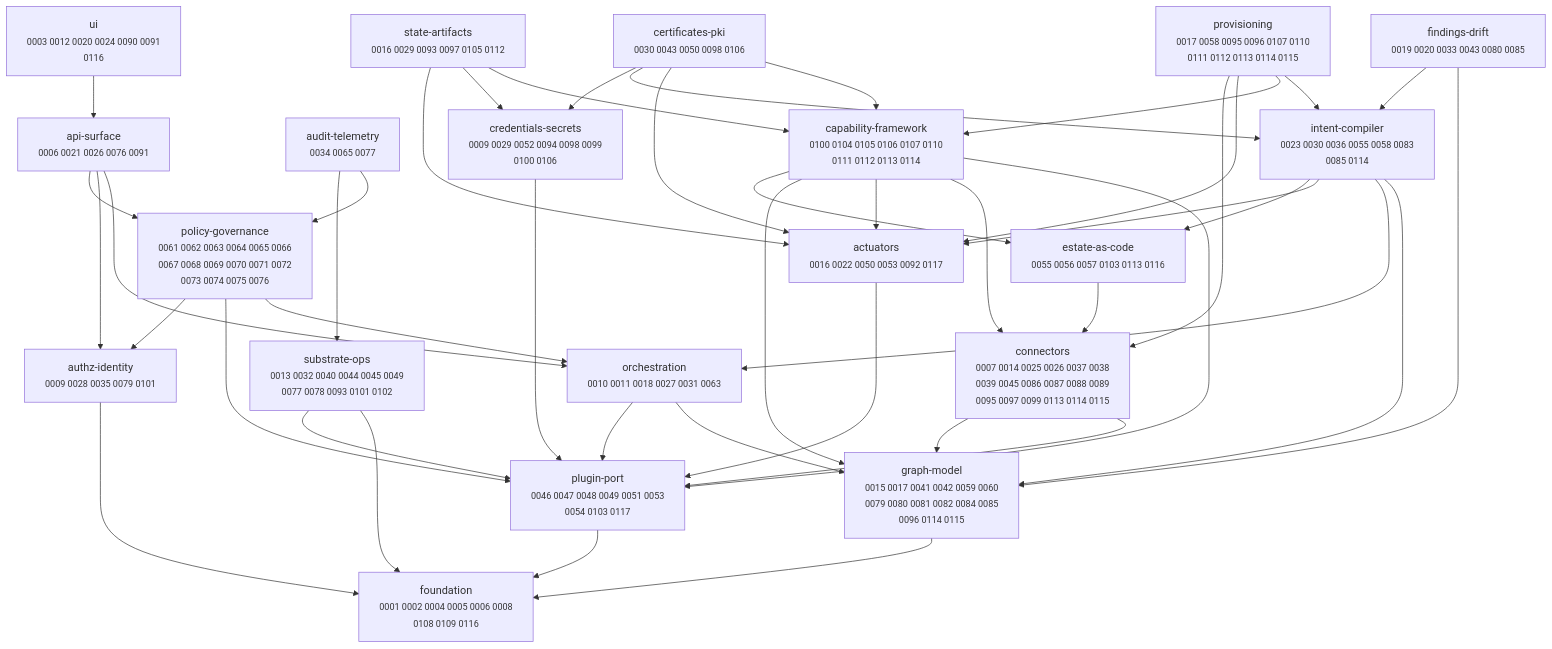
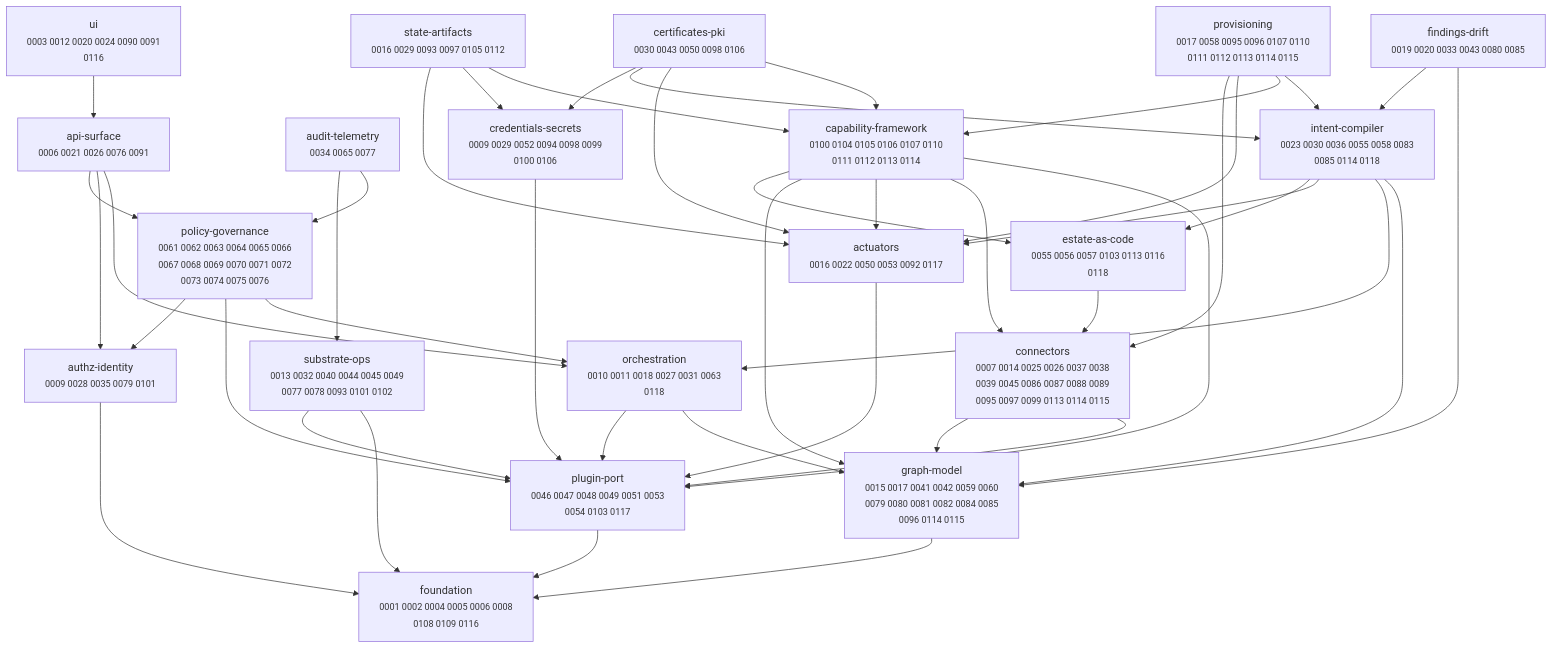
Before and after one commit to dstout-devops/stratt: the diagram in docs/adr/MAP.md, drawn with Mermaid. The commit also changed other lines of this file and 2 other files, not shown here.

````diff
--- a/docs/adr/MAP.md
+++ b/docs/adr/MAP.md
@@ -11,67 +11,67 @@
 ```mermaid
 graph TD
   actuators["actuators<br/><small>0016 0022 0050 0053 0092 0117</small>"]
   api_surface["api-surface<br/><small>0006 0021 0026 0076 0091</small>"]
   audit_telemetry["audit-telemetry<br/><small>0034 0065 0077</small>"]
   authz_identity["authz-identity<br/><small>0009 0028 0035 0079 0101</small>"]
   capability_framework["capability-framework<br/><small>0100 0104 0105 0106 0107 0110<br/>0111 0112 0113 0114</small>"]
   certificates_pki["certificates-pki<br/><small>0030 0043 0050 0098 0106</small>"]
   connectors["connectors<br/><small>0007 0014 0025 0026 0037 0038<br/>0039 0045 0086 0087 0088 0089<br/>0095 0097 0099 0113 0114 0115</small>"]
   credentials_secrets["credentials-secrets<br/><small>0009 0029 0052 0094 0098 0099<br/>0100 0106</small>"]
-  estate_as_code["estate-as-code<br/><small>0055 0056 0057 0103 0113 0116</small>"]
+  estate_as_code["estate-as-code<br/><small>0055 0056 0057 0103 0113 0116<br/>0118</small>"]
   findings_drift["findings-drift<br/><small>0019 0020 0033 0043 0080 0085</small>"]
   foundation["foundation<br/><small>0001 0002 0004 0005 0006 0008<br/>0108 0109 0116</small>"]
   graph_model["graph-model<br/><small>0015 0017 0041 0042 0059 0060<br/>0079 0080 0081 0082 0084 0085<br/>0096 0114 0115</small>"]
-  intent_compiler["intent-compiler<br/><small>0023 0030 0036 0055 0058 0083<br/>0085 0114</small>"]
-  orchestration["orchestration<br/><small>0010 0011 0018 0027 0031 0063</small>"]
+  intent_compiler["intent-compiler<br/><small>0023 0030 0036 0055 0058 0083<br/>0085 0114 0118</small>"]
+  orchestration["orchestration<br/><small>0010 0011 0018 0027 0031 0063<br/>0118</small>"]
   plugin_port["plugin-port<br/><small>0046 0047 0048 0049 0051 0053<br/>0054 0103 0117</small>"]
   policy_governance["policy-governance<br/><small>0061 0062 0063 0064 0065 0066<br/>0067 0068 0069 0070 0071 0072<br/>0073 0074 0075 0076</small>"]
   provisioning["provisioning<br/><small>0017 0058 0095 0096 0107 0110<br/>0111 0112 0113 0114 0115</small>"]
   state_artifacts["state-artifacts<br/><small>0016 0029 0093 0097 0105 0112</small>"]
   substrate_ops["substrate-ops<br/><small>0013 0032 0040 0044 0045 0049<br/>0077 0078 0093 0101 0102</small>"]
   ui["ui<br/><small>0003 0012 0020 0024 0090 0091<br/>0116</small>"]
 
   actuators --> plugin_port
   api_surface --> orchestration
   api_surface --> authz_identity
   api_surface --> policy_governance
   audit_telemetry --> policy_governance
   audit_telemetry --> substrate_ops
   authz_identity --> foundation
   capability_framework --> plugin_port
   capability_framework --> connectors
   capability_framework --> actuators
   capability_framework --> graph_model
   capability_framework --> estate_as_code
   certificates_pki --> capability_framework
   certificates_pki --> actuators
   certificates_pki --> intent_compiler
   certificates_pki --> credentials_secrets
   connectors --> plugin_port
   connectors --> graph_model
   credentials_secrets --> plugin_port
   estate_as_code --> connectors
   findings_drift --> graph_model
   findings_drift --> intent_compiler
   graph_model --> foundation
   intent_compiler --> graph_model
   intent_compiler --> orchestration
   intent_compiler --> actuators
   intent_compiler --> estate_as_code
   orchestration --> graph_model
   orchestration --> plugin_port
   plugin_port --> foundation
   policy_governance --> orchestration
   policy_governance --> plugin_port
   policy_governance --> authz_identity
   provisioning --> intent_compiler
   provisioning --> capability_framework
   provisioning --> actuators
   provisioning --> connectors
   state_artifacts --> capability_framework
   state_artifacts --> credentials_secrets
   state_artifacts --> actuators
   substrate_ops --> foundation
   substrate_ops --> plugin_port
   ui --> api_surface
 ```
````
